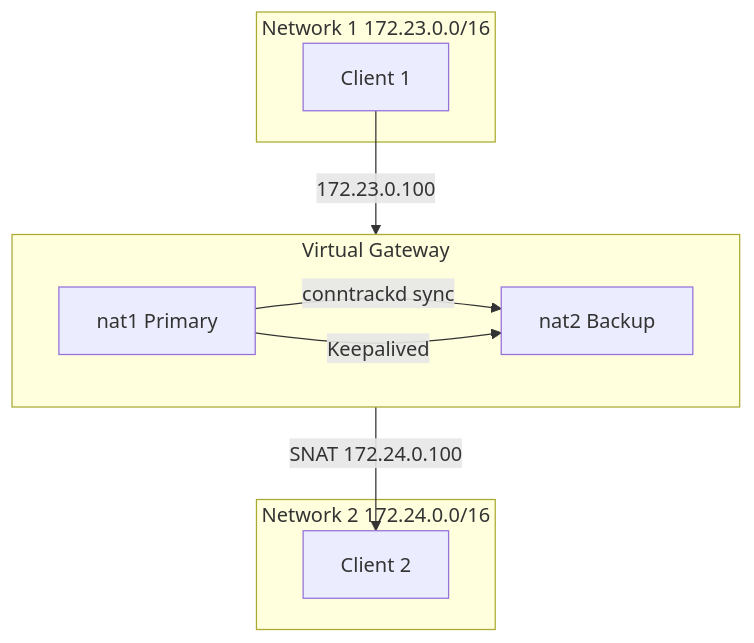
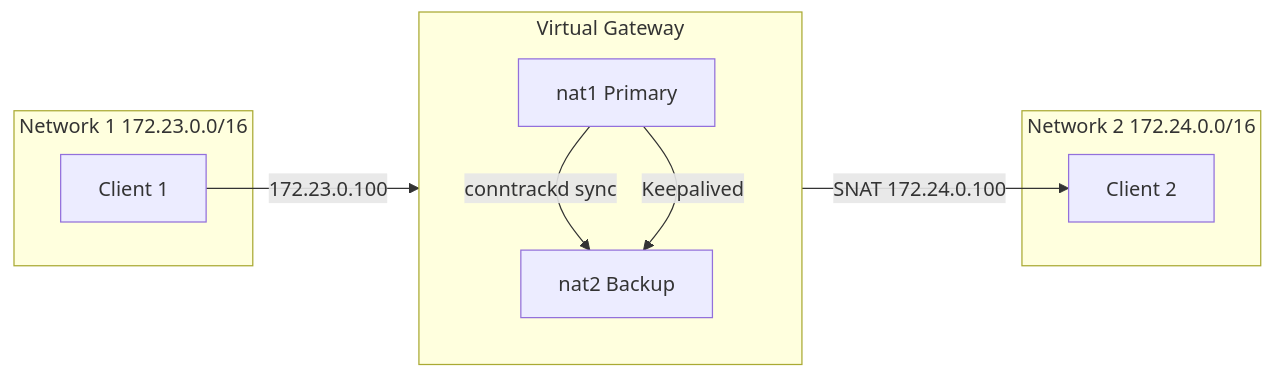
Before and after one commit to jakewatson-bristol/HA-NAT-gateway: the diagram in README.md, drawn with Mermaid.

Commit message:
horizontal looks abit better

````diff
--- a/README.md
+++ b/README.md
@@ -20,17 +20,17 @@
 ```mermaid
-flowchart TD
+flowchart LR
 c1[Client 1] -->|172.23.0.100| virtual_gateway
 virtual_gateway -->|SNAT 172.24.0.100| c2[Client 2]
     subgraph virtual_gateway[Virtual Gateway]
         nat1[nat1 Primary]
         nat2[nat2 Backup]
         nat1 -->|conntrackd sync| nat2
         nat1 -->|Keepalived| nat2
     end
     subgraph net1[Network 1 172.23.0.0/16]
         c1
     end
     subgraph net2[Network 2 172.24.0.0/16]
         c2
     end
 ```
````
